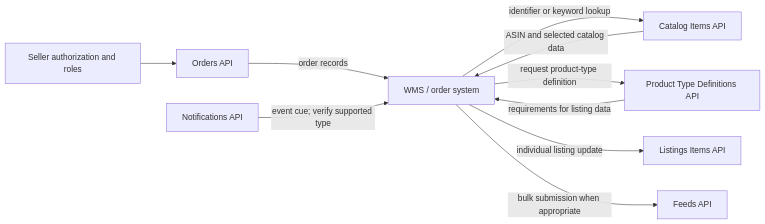
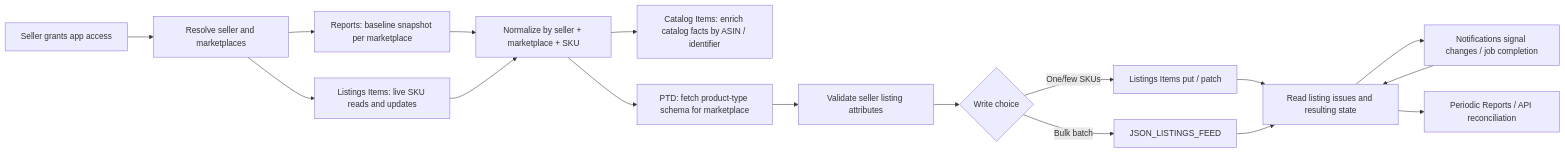
The diagram in marketplaces/amazon/apis/index.md (muhammadrakib2299/Marketplace-integration-playbook), drawn with Mermaid before and after one commit. The commit also changed other lines of this file and 11 other files, not shown here.

Commit message:
Document Amazon seller onboarding and listing migration

````diff
--- a/marketplaces/amazon/apis/index.md
+++ b/marketplaces/amazon/apis/index.md
@@ -16,12 +26,19 @@
 ```mermaid
 flowchart LR
-  Seller[Seller authorization and roles] --> Orders[Orders API]
-  Orders -->|order records| WMS[WMS / order system]
-  WMS -->|identifier or keyword lookup| Catalog[Catalog Items API]
-  Catalog -->|ASIN and selected catalog data| WMS
-  Events[Notifications API] -->|event cue; verify supported type| WMS
-  WMS -->|request product-type definition| PTD[Product Type Definitions API]
-  PTD -->|requirements for listing data| WMS
-  WMS -->|individual listing update| Listings[Listings Items API]
-  WMS -->|bulk submission when appropriate| Feeds[Feeds API]
+  S[Seller grants app access] --> M[Resolve seller and marketplaces]
+  M --> R[Reports: baseline snapshot per marketplace]
+  M --> L[Listings Items: live SKU reads and updates]
+  R --> N[Normalize by seller + marketplace + SKU]
+  L --> N
+  N --> C[Catalog Items: enrich catalog facts by ASIN / identifier]
+  N --> P[PTD: fetch product-type schema for marketplace]
+  P --> V[Validate seller listing attributes]
+  V --> W{Write choice}
+  W -->|One/few SKUs| LI[Listings Items put / patch]
+  W -->|Bulk batch| F[JSON_LISTINGS_FEED]
+  LI --> I[Read listing issues and resulting state]
+  F --> I
+  I --> E[Notifications signal changes / job completion]
+  E --> I
+  I --> Q[Periodic Reports / API reconciliation]
 ```
````
